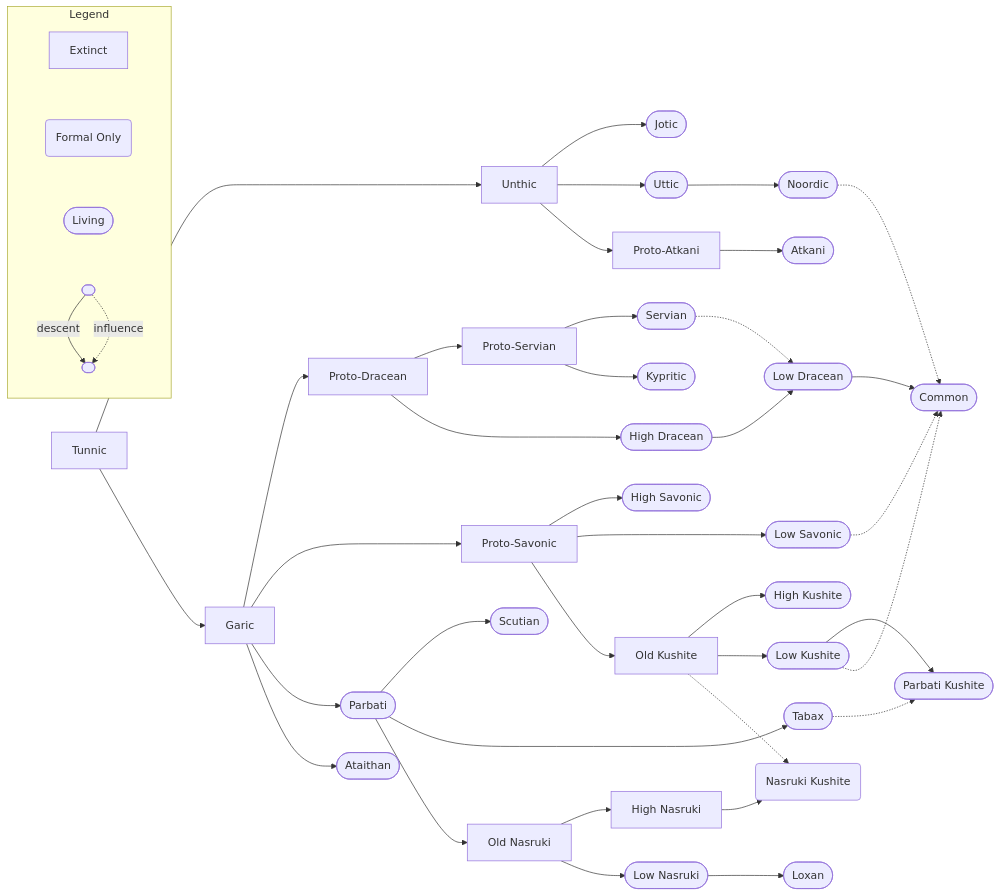
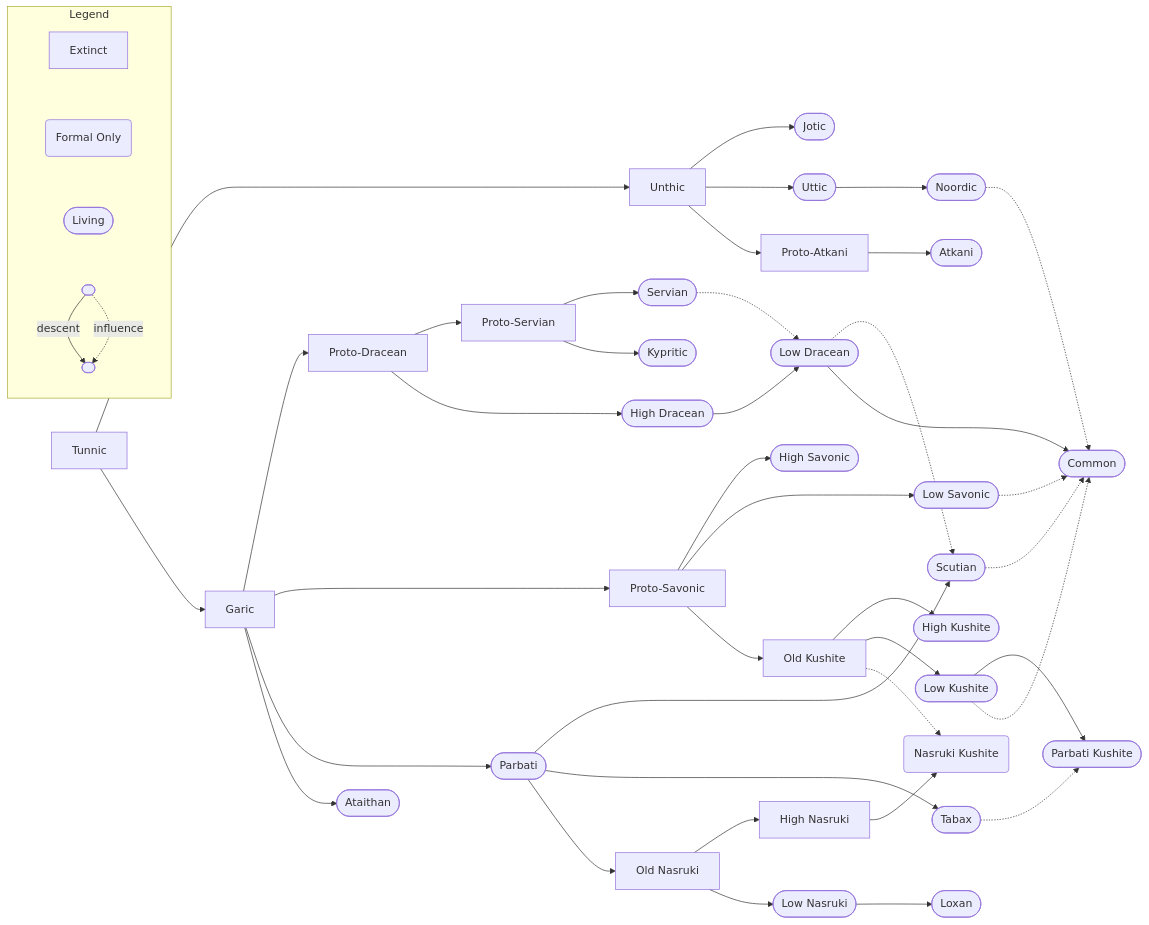
One commit to TEParsons/Iuncterra changed the diagram in source/lore/languages/index.md. Above: the diagram before and after it, drawn with Mermaid. The commit also changed 9 other files, not shown here.

```diff
--- a/source/lore/languages/index.md
+++ b/source/lore/languages/index.md
@@ -70,6 +70,7 @@
 
 garic --> parbati
 parbati --> scutian
+low-dracean -.-> scutian
 parbati --> tabax
 tabax -.-> parbati-kushite
 parbati --> old-nasruki
@@ -84,6 +85,7 @@
 low-savonic -.-> common
 noordic -.-> common
 low-kushite -.-> common
+scutian -.-> common
 
 %% legend
 subgraph legend [Legend]
```
